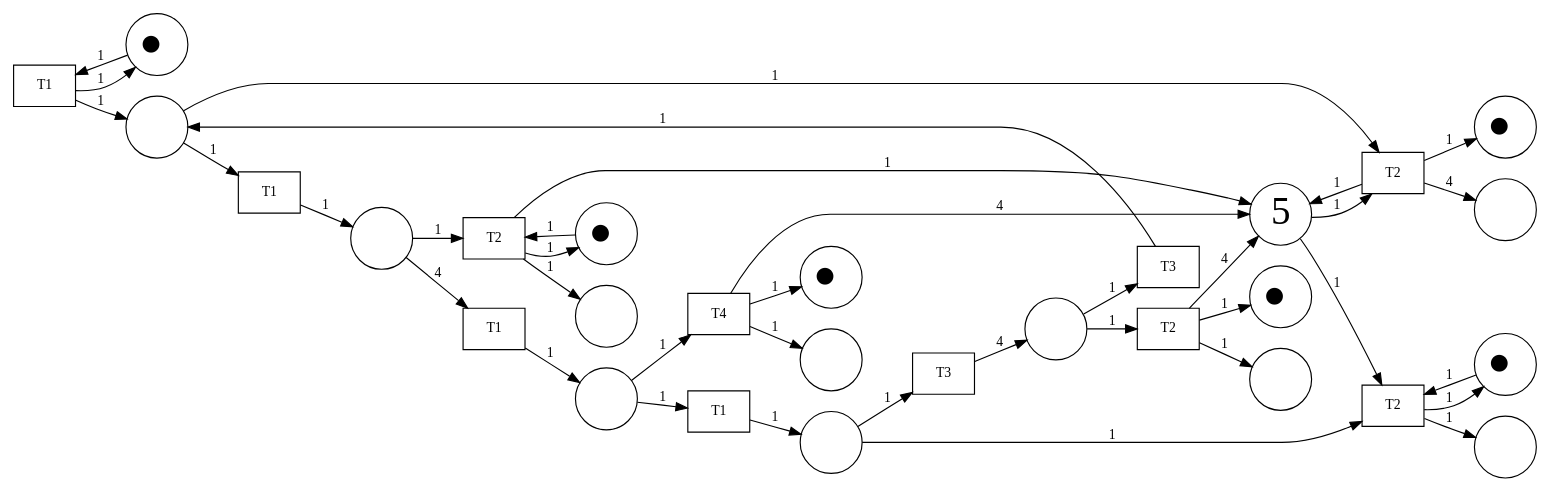
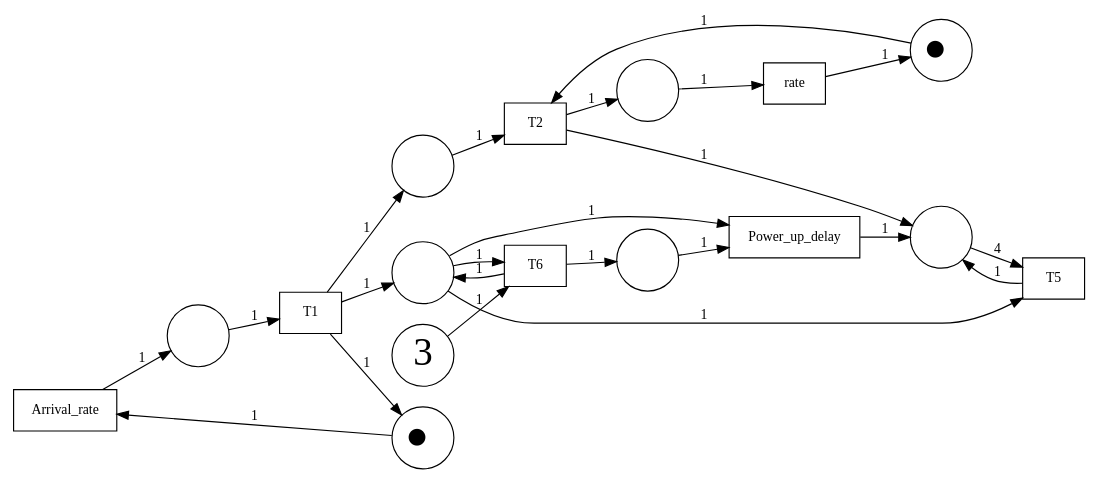
Before and after one commit to sam0ed/sketch2pnml: the diagram in sketch2pnml/data/output/output.gv, drawn with Graphviz. The commit also changed 28 other files, not shown here.

```diff
--- a/sketch2pnml/data/output/output.gv
+++ b/sketch2pnml/data/output/output.gv
@@ -1,69 +1,43 @@
-digraph "imported_1747915139.0207214" {
+digraph "imported_1748003447.001295" {
 	graph [bgcolor=white rankdir=LR]
 	node [shape=box]
-	2486352674960 [label=T2 border=1 fillcolor=white fontcolor=black fontsize=12 style=filled]
-	2486351587536 [label=T2 border=1 fillcolor=white fontcolor=black fontsize=12 style=filled]
-	2486352690960 [label=T1 border=1 fillcolor=white fontcolor=black fontsize=12 style=filled]
-	2486351586320 [label=T2 border=1 fillcolor=white fontcolor=black fontsize=12 style=filled]
-	2486351590096 [label=T1 border=1 fillcolor=white fontcolor=black fontsize=12 style=filled]
-	2486349077392 [label=T1 border=1 fillcolor=white fontcolor=black fontsize=12 style=filled]
-	2486352684752 [label=T1 border=1 fillcolor=white fontcolor=black fontsize=12 style=filled]
-	2486352910352 [label=T4 border=1 fillcolor=white fontcolor=black fontsize=12 style=filled]
-	2486352687248 [label=T3 border=1 fillcolor=white fontcolor=black fontsize=12 style=filled]
-	2486351587984 [label=T2 border=1 fillcolor=white fontcolor=black fontsize=12 style=filled]
-	2486354079760 [label=T3 border=1 fillcolor=white fontcolor=black fontsize=12 style=filled]
-	2486352344592 [label=<&#9679;> fillcolor=white fixedsize=true fontsize=34 shape=circle style=filled width=0.75]
-	2486352915280 [label=5 fillcolor=white fixedsize=true fontsize=34 shape=circle style=filled width=0.75]
-	2486352690448 [label=<&#9679;> fillcolor=white fixedsize=true fontsize=34 shape=circle style=filled width=0.75]
-	2486352649616 [label=<&#9679;> fillcolor=white fixedsize=true fontsize=34 shape=circle style=filled width=0.75]
-	2486349345104 [label=<&#9679;> fillcolor=white fixedsize=true fontsize=34 shape=circle style=filled width=0.75]
-	2486352759376 [label=<&#9679;> fillcolor=white fixedsize=true fontsize=34 shape=circle style=filled width=0.75]
-	2486352907600 [label=<&#9679;> fillcolor=white fixedsize=true fontsize=34 shape=circle style=filled width=0.75]
-	2486352919568 [label="" fillcolor=white fixedsize=true shape=circle style=filled width=0.75]
-	2486352652688 [label="" fillcolor=white fixedsize=true shape=circle style=filled width=0.75]
-	2486349356752 [label="" fillcolor=white fixedsize=true shape=circle style=filled width=0.75]
-	2486352905296 [label="" fillcolor=white fixedsize=true shape=circle style=filled width=0.75]
-	2486351353680 [label="" fillcolor=white fixedsize=true shape=circle style=filled width=0.75]
-	2486352651216 [label="" fillcolor=white fixedsize=true shape=circle style=filled width=0.75]
-	2486352652944 [label="" fillcolor=white fixedsize=true shape=circle style=filled width=0.75]
-	2486352650512 [label="" fillcolor=white fixedsize=true shape=circle style=filled width=0.75]
-	2486352917456 [label="" fillcolor=white fixedsize=true shape=circle style=filled width=0.75]
-	2486352906576 [label="" fillcolor=white fixedsize=true shape=circle style=filled width=0.75]
-	2486352915280 -> 2486352674960 [label=1 arrowhead=normal fontsize=12]
-	2486352915280 -> 2486351586320 [label=1 arrowhead=normal fontsize=12]
-	2486352759376 -> 2486351587536 [label=1 arrowhead=normal fontsize=12]
-	2486352649616 -> 2486352674960 [label=1 arrowhead=normal fontsize=12]
-	2486352344592 -> 2486352690960 [label=1 arrowhead=normal fontsize=12]
-	2486351587536 -> 2486352759376 [label=1 arrowhead=normal fontsize=12]
-	2486351586320 -> 2486352915280 [label=1 arrowhead=normal fontsize=12]
-	2486351586320 -> 2486352690448 [label=1 arrowhead=normal fontsize=12]
-	2486352690960 -> 2486352344592 [label=1 arrowhead=normal fontsize=12]
-	2486351587536 -> 2486352915280 [label=1 arrowhead=normal fontsize=12]
-	2486352674960 -> 2486352649616 [label=1 arrowhead=normal fontsize=12]
-	2486352674960 -> 2486352652688 [label=1 arrowhead=normal fontsize=12]
-	2486351586320 -> 2486352905296 [label=4 arrowhead=normal fontsize=12]
-	2486352690960 -> 2486352919568 [label=1 arrowhead=normal fontsize=12]
-	2486351587536 -> 2486349356752 [label=1 arrowhead=normal fontsize=12]
-	2486352919568 -> 2486351586320 [label=1 arrowhead=normal fontsize=12]
-	2486352919568 -> 2486351590096 [label=1 arrowhead=normal fontsize=12]
-	2486351590096 -> 2486351353680 [label=1 arrowhead=normal fontsize=12]
-	2486351353680 -> 2486351587536 [label=1 arrowhead=normal fontsize=12]
-	2486351353680 -> 2486349077392 [label=4 arrowhead=normal fontsize=12]
-	2486349077392 -> 2486352651216 [label=1 arrowhead=normal fontsize=12]
-	2486352651216 -> 2486352910352 [label=1 arrowhead=normal fontsize=12]
-	2486352651216 -> 2486352684752 [label=1 arrowhead=normal fontsize=12]
-	2486352910352 -> 2486349345104 [label=1 arrowhead=normal fontsize=12]
-	2486352910352 -> 2486352915280 [label=4 arrowhead=normal fontsize=12]
-	2486352910352 -> 2486352650512 [label=1 arrowhead=normal fontsize=12]
-	2486352684752 -> 2486352652944 [label=1 arrowhead=normal fontsize=12]
-	2486352652944 -> 2486352674960 [label=1 arrowhead=normal fontsize=12]
-	2486352652944 -> 2486352687248 [label=1 arrowhead=normal fontsize=12]
-	2486352687248 -> 2486352917456 [label=4 arrowhead=normal fontsize=12]
-	2486352917456 -> 2486354079760 [label=1 arrowhead=normal fontsize=12]
-	2486352917456 -> 2486351587984 [label=1 arrowhead=normal fontsize=12]
-	2486351587984 -> 2486352915280 [label=4 arrowhead=normal fontsize=12]
-	2486351587984 -> 2486352907600 [label=1 arrowhead=normal fontsize=12]
-	2486354079760 -> 2486352919568 [label=1 arrowhead=normal fontsize=12]
-	2486351587984 -> 2486352906576 [label=1 arrowhead=normal fontsize=12]
+	1906593914576 [label=Arrival_rate border=1 fillcolor=white fontcolor=black fontsize=12 style=filled]
+	1906593912976 [label=T2 border=1 fillcolor=white fontcolor=black fontsize=12 style=filled]
+	1906616200656 [label=T6 border=1 fillcolor=white fontcolor=black fontsize=12 style=filled]
+	1906593911056 [label=rate border=1 fillcolor=white fontcolor=black fontsize=12 style=filled]
+	1906593920208 [label=T5 border=1 fillcolor=white fontcolor=black fontsize=12 style=filled]
+	1906593917392 [label=T1 border=1 fillcolor=white fontcolor=black fontsize=12 style=filled]
+	1906593913488 [label=Power_up_delay border=1 fillcolor=white fontcolor=black fontsize=12 style=filled]
+	1906593687760 [label=<&#9679;> fillcolor=white fixedsize=true fontsize=34 shape=circle style=filled width=0.75]
+	1906593680592 [label=<&#9679;> fillcolor=white fixedsize=true fontsize=34 shape=circle style=filled width=0.75]
+	1906593810384 [label=3 fillcolor=white fixedsize=true fontsize=34 shape=circle style=filled width=0.75]
+	1906639467792 [label="" fillcolor=white fixedsize=true shape=circle style=filled width=0.75]
+	1906593685584 [label="" fillcolor=white fixedsize=true shape=circle style=filled width=0.75]
+	1906598106512 [label="" fillcolor=white fixedsize=true shape=circle style=filled width=0.75]
+	1906598102032 [label="" fillcolor=white fixedsize=true shape=circle style=filled width=0.75]
+	1906593813328 [label="" fillcolor=white fixedsize=true shape=circle style=filled width=0.75]
+	1906594231760 [label="" fillcolor=white fixedsize=true shape=circle style=filled width=0.75]
+	1906593810384 -> 1906616200656 [label=1 arrowhead=normal fontsize=12]
+	1906593680592 -> 1906593912976 [label=1 arrowhead=normal fontsize=12]
+	1906593687760 -> 1906593914576 [label=1 arrowhead=normal fontsize=12]
+	1906593914576 -> 1906593685584 [label=1 arrowhead=normal fontsize=12]
+	1906593912976 -> 1906639467792 [label=1 arrowhead=normal fontsize=12]
+	1906593912976 -> 1906598102032 [label=1 arrowhead=normal fontsize=12]
+	1906616200656 -> 1906598106512 [label=1 arrowhead=normal fontsize=12]
+	1906616200656 -> 1906593813328 [label=1 arrowhead=normal fontsize=12]
+	1906598106512 -> 1906616200656 [label=1 arrowhead=normal fontsize=12]
+	1906639467792 -> 1906593911056 [label=1 arrowhead=normal fontsize=12]
+	1906598102032 -> 1906593920208 [label=4 arrowhead=normal fontsize=12]
+	1906598106512 -> 1906593913488 [label=1 arrowhead=normal fontsize=12]
+	1906593685584 -> 1906593917392 [label=1 arrowhead=normal fontsize=12]
+	1906598106512 -> 1906593920208 [label=1 arrowhead=normal fontsize=12]
+	1906593813328 -> 1906593913488 [label=1 arrowhead=normal fontsize=12]
+	1906593917392 -> 1906593687760 [label=1 arrowhead=normal fontsize=12]
+	1906593911056 -> 1906593680592 [label=1 arrowhead=normal fontsize=12]
+	1906593917392 -> 1906598106512 [label=1 arrowhead=normal fontsize=12]
+	1906593913488 -> 1906598102032 [label=1 arrowhead=normal fontsize=12]
+	1906593920208 -> 1906598102032 [label=1 arrowhead=normal fontsize=12]
+	1906593917392 -> 1906594231760 [label=1 arrowhead=normal fontsize=12]
+	1906594231760 -> 1906593912976 [label=1 arrowhead=normal fontsize=12]
 	overlap=false
 }
```
